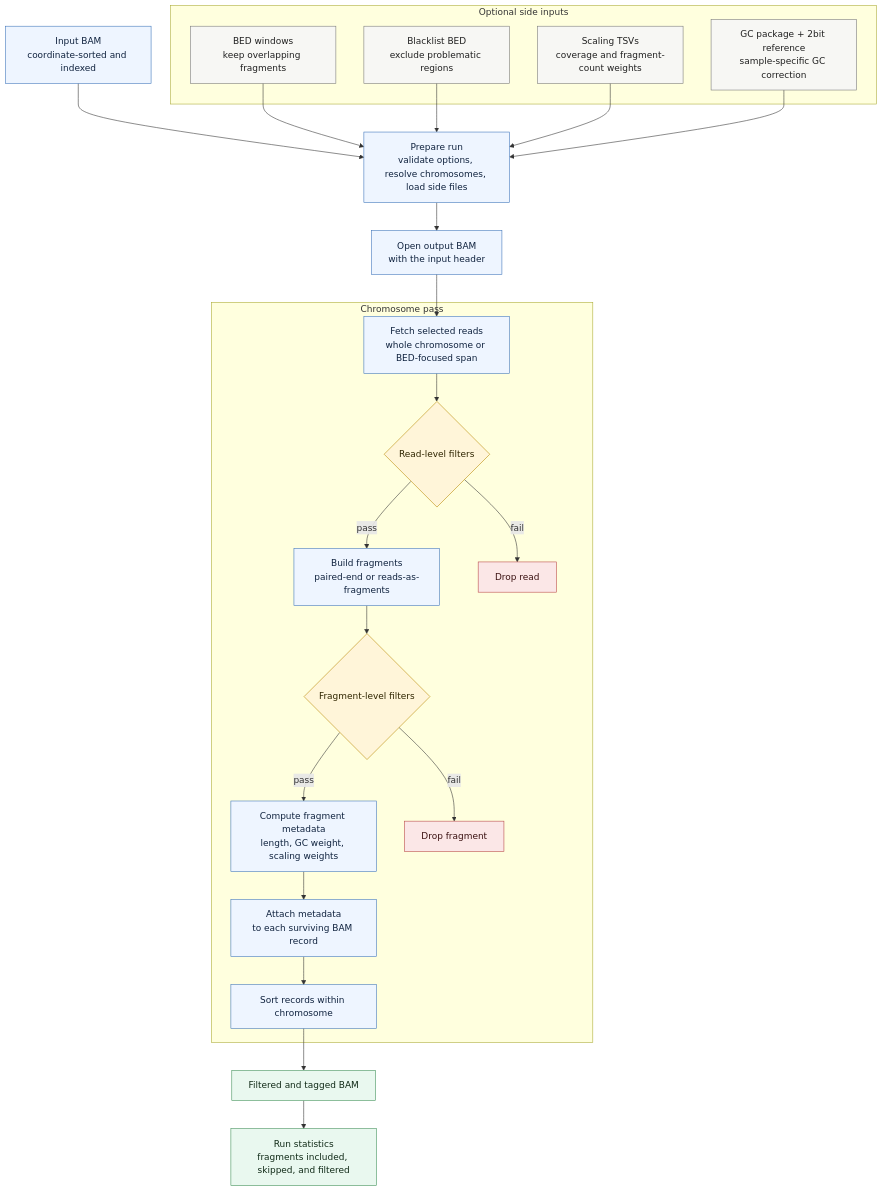
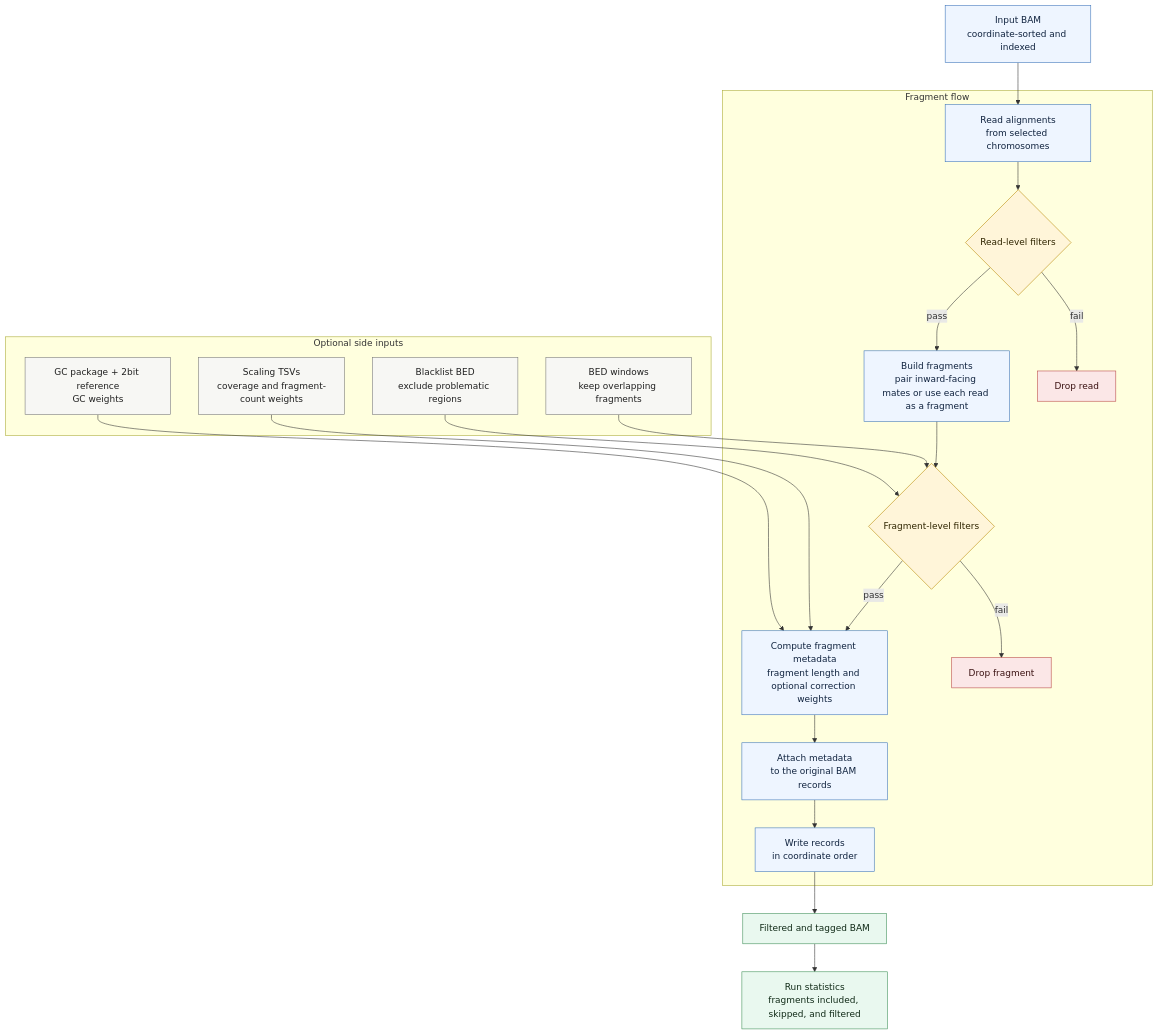
The diagram in plans_and_specs/command_pipelines/bam-to-bam.md (BesenbacherLab/cfDNAlab), drawn with Mermaid before and after one commit.

Commit message:
viz 3rd try

````diff
--- a/plans_and_specs/command_pipelines/bam-to-bam.md
+++ b/plans_and_specs/command_pipelines/bam-to-bam.md
@@ -7,53 +7,50 @@
 ```mermaid
 flowchart TD
     input["Input BAM<br/>coordinate-sorted and indexed"]
-    setup["Prepare run<br/>validate options, resolve chromosomes, load side files"]
-    output_writer["Open output BAM<br/>with the input header"]
-
-    input --> setup --> output_writer
+    reads["Read alignments<br/>from selected chromosomes"]
 
     subgraph side_inputs["Optional side inputs"]
         windows["BED windows<br/>keep overlapping fragments"]
         blacklist["Blacklist BED<br/>exclude problematic regions"]
         scaling["Scaling TSVs<br/>coverage and fragment-count weights"]
-        gc["GC package + 2bit reference<br/>sample-specific GC correction"]
+        gc["GC package + 2bit reference<br/>GC weights"]
     end
 
-    windows --> setup
-    blacklist --> setup
-    scaling --> setup
-    gc --> setup
+    input --> reads
 
-    subgraph chromosome_pass["Chromosome pass"]
-        fetch["Fetch selected reads<br/>whole chromosome or BED-focused span"]
+    subgraph fragment_flow["Fragment flow"]
         read_filter{"Read-level filters"}
-        assemble["Build fragments<br/>paired-end or reads-as-fragments"]
+        assemble["Build fragments<br/>pair inward-facing mates or use each read as a fragment"]
         fragment_filter{"Fragment-level filters"}
-        weight["Compute fragment metadata<br/>length, GC weight, scaling weights"]
-        tag_records["Attach metadata<br/>to each surviving BAM record"]
-        sort_records["Sort records within chromosome"]
+        weight["Compute fragment metadata<br/>fragment length and optional correction weights"]
+        tag_records["Attach metadata<br/>to the original BAM records"]
+        sort_records["Write records<br/>in coordinate order"]
 
-        fetch --> read_filter
+        reads --> read_filter
         read_filter -- "pass" --> assemble
         read_filter -- "fail" --> dropped_read["Drop read"]
         assemble --> fragment_filter
         fragment_filter -- "pass" --> weight --> tag_records --> sort_records
         fragment_filter -- "fail" --> dropped_fragment["Drop fragment"]
     end
 
-    output_writer --> fetch
+    windows --> fragment_filter
+    blacklist --> fragment_filter
+    scaling --> weight
+    gc --> weight
+
     sort_records --> final_bam["Filtered and tagged BAM"]
     final_bam --> stats["Run statistics<br/>fragments included, skipped, and filtered"]
 
     classDef core fill:#eef5ff,stroke:#3b73b9,color:#10233f;
     classDef optional fill:#f7f7f4,stroke:#777,color:#202020;
     classDef decision fill:#fff5d9,stroke:#b88700,color:#2f2500;
     classDef drop fill:#fbe7e7,stroke:#b84545,color:#3a1111;
     classDef output fill:#e9f8ef,stroke:#3e8f57,color:#102a17;
 
-    class input,setup,output_writer,fetch,assemble,weight,tag_records,sort_records core;
+    class input,reads,assemble,weight,tag_records,sort_records core;
     class windows,blacklist,scaling,gc optional;
     class read_filter,fragment_filter decision;
     class dropped_read,dropped_fragment drop;
     class final_bam,stats output;
 ```
````
